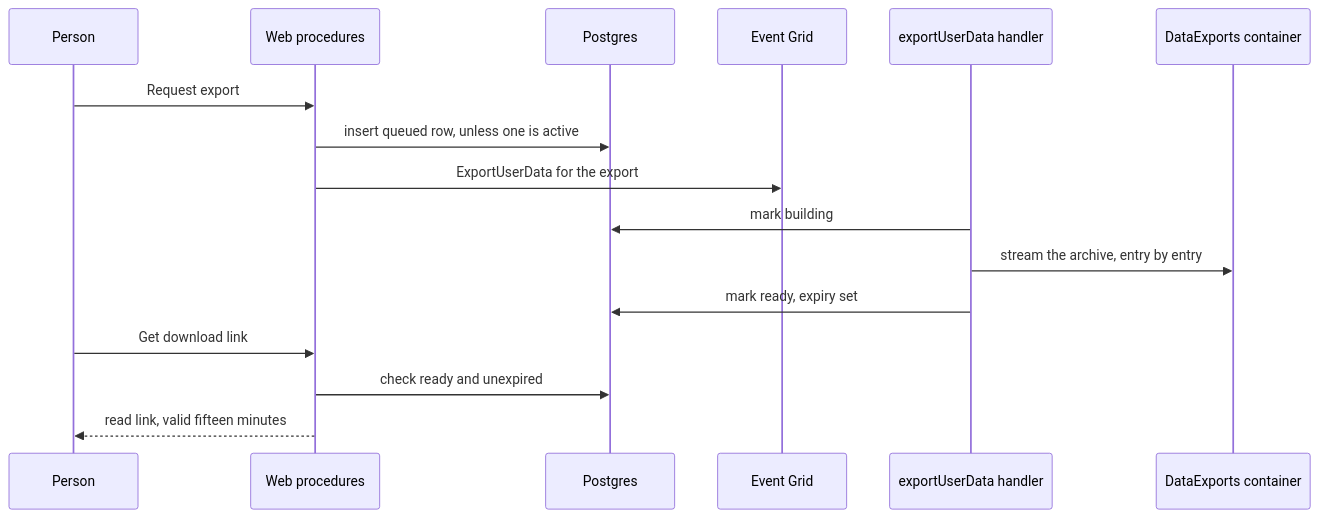
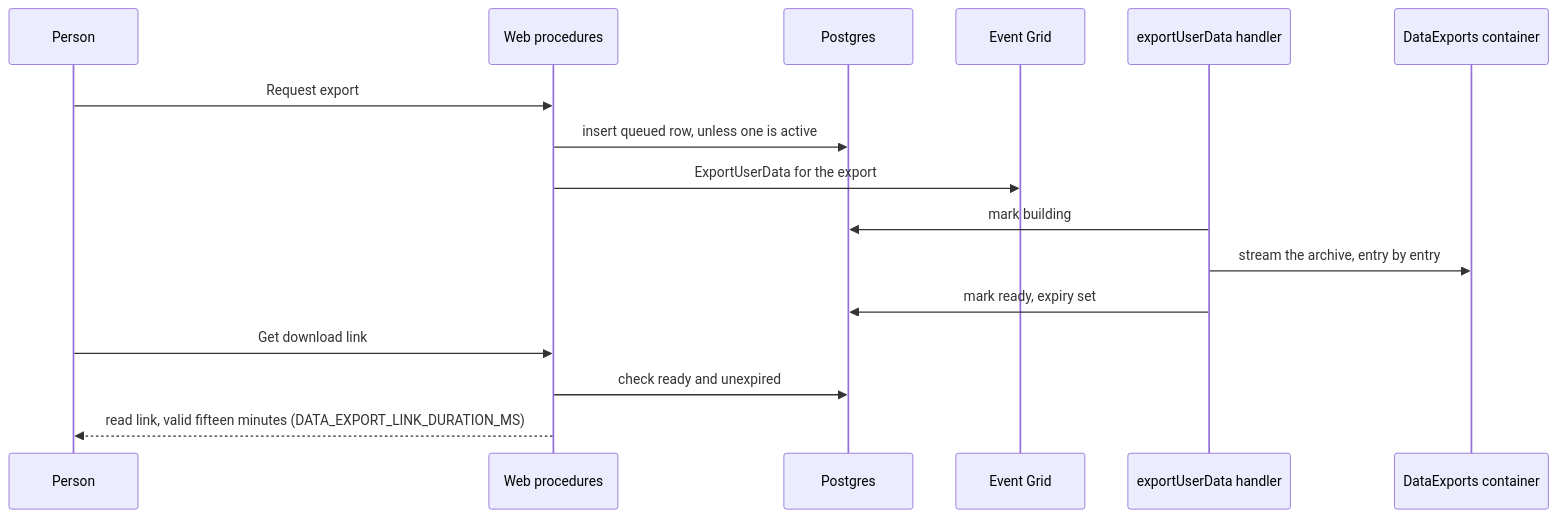
The diagram in openspec/specs/user/data-export/design.md (Esposter/Esposter), drawn with Mermaid before and after one commit. The commit also changed other lines of this file and 9 other files, not shown here.

````diff
--- a/openspec/specs/user/data-export/design.md
+++ b/openspec/specs/user/data-export/design.md
@@ -66,18 +66,18 @@
 ```mermaid
 sequenceDiagram
   participant Person
   participant Web as Web procedures
   participant DB as Postgres
   participant EG as Event Grid
   participant Handler as exportUserData handler
   participant Blob as DataExports container
   Person->>Web: Request export
   Web->>DB: insert queued row, unless one is active
   Web->>EG: ExportUserData for the export
   Handler->>DB: mark building
   Handler->>Blob: stream the archive, entry by entry
   Handler->>DB: mark ready, expiry set
   Person->>Web: Get download link
   Web->>DB: check ready and unexpired
-  Web-->>Person: read link, valid fifteen minutes
+  Web-->>Person: read link, valid fifteen minutes (DATA_EXPORT_LINK_DURATION_MS)
 ```
````
